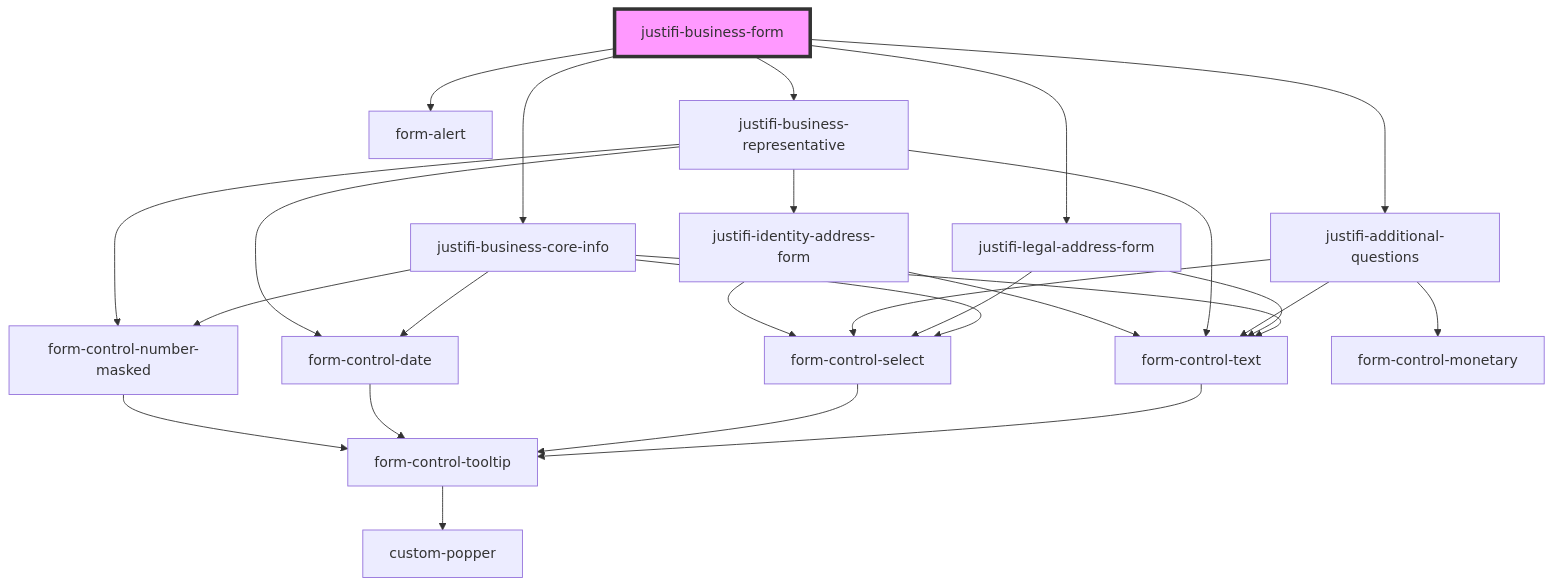
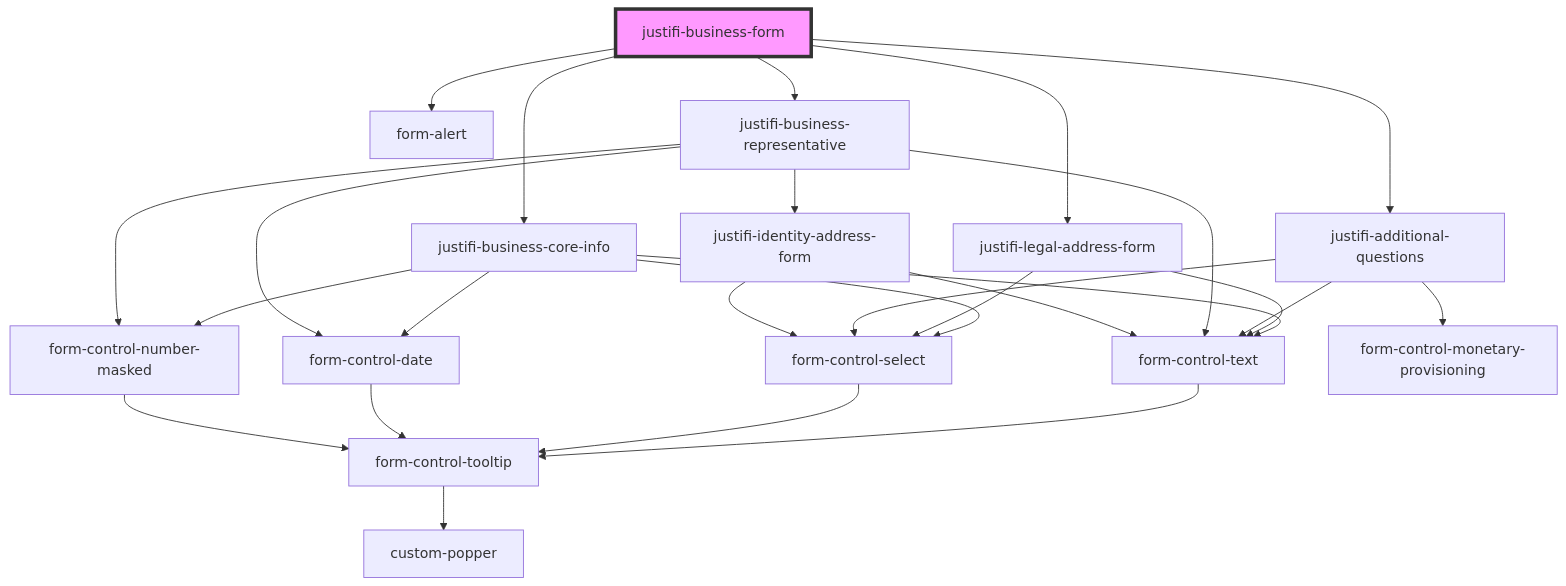
Before and after one commit to justifi-tech/web-component-library: the diagram in packages/webcomponents/src/components/business-forms/business-form/readme.md, drawn with Mermaid. The commit also changed 5 other files, not shown here.

````diff
--- a/packages/webcomponents/src/components/business-forms/business-form/readme.md
+++ b/packages/webcomponents/src/components/business-forms/business-form/readme.md
@@ -38,29 +38,29 @@
 ```mermaid
 graph TD;
   justifi-business-form --> form-alert
   justifi-business-form --> justifi-business-core-info
   justifi-business-form --> justifi-legal-address-form
   justifi-business-form --> justifi-additional-questions
   justifi-business-form --> justifi-business-representative
   justifi-business-core-info --> form-control-text
   justifi-business-core-info --> form-control-select
   justifi-business-core-info --> form-control-date
   justifi-business-core-info --> form-control-number-masked
   form-control-text --> form-control-tooltip
   form-control-tooltip --> custom-popper
   form-control-select --> form-control-tooltip
   form-control-date --> form-control-tooltip
   form-control-number-masked --> form-control-tooltip
   justifi-legal-address-form --> form-control-text
   justifi-legal-address-form --> form-control-select
-  justifi-additional-questions --> form-control-monetary
+  justifi-additional-questions --> form-control-monetary-provisioning
   justifi-additional-questions --> form-control-select
   justifi-additional-questions --> form-control-text
   justifi-business-representative --> form-control-text
   justifi-business-representative --> form-control-number-masked
   justifi-business-representative --> form-control-date
   justifi-business-representative --> justifi-identity-address-form
   justifi-identity-address-form --> form-control-text
   justifi-identity-address-form --> form-control-select
   style justifi-business-form fill:#f9f,stroke:#333,stroke-width:4px
 ```
````
